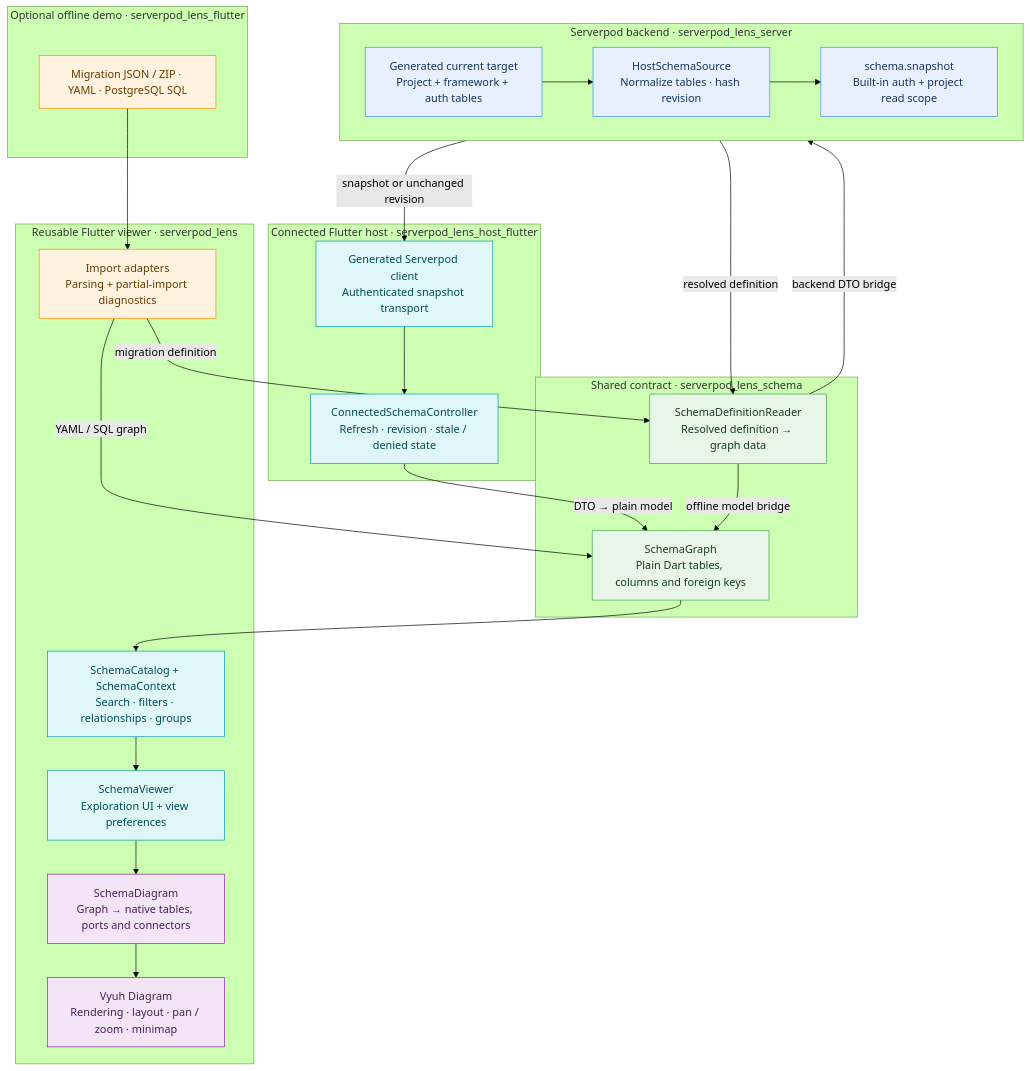
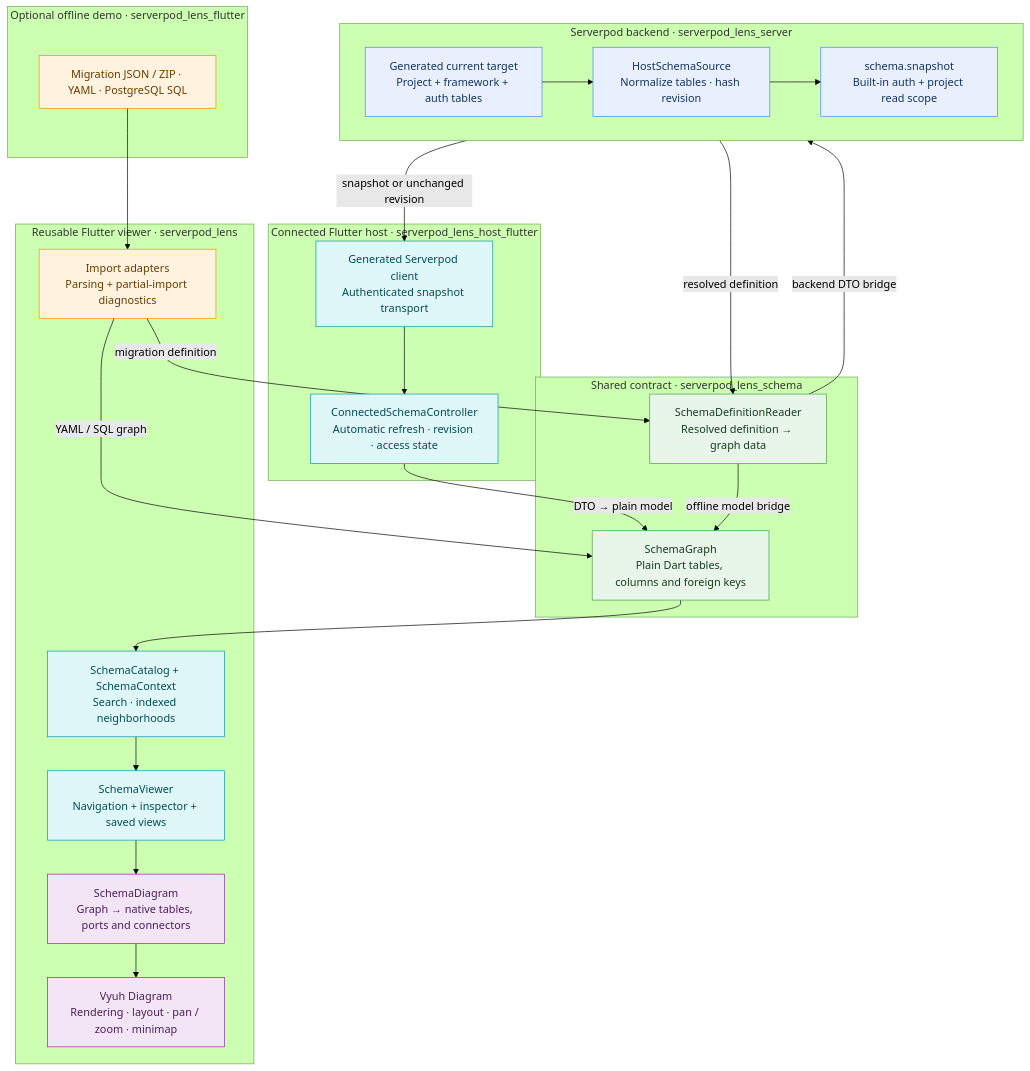
Before and after one commit to vyuh-tech/serverpod_lens: the diagram in README.md, drawn with Mermaid (forest theme). The commit also changed other lines of this file and 63 other files, not shown here.

Commit message:
feat(lens): simplify schema exploration and harden imports

````diff
--- a/README.md
+++ b/README.md
@@ -21,55 +21,55 @@
 ```mermaid
 flowchart TB
     subgraph backend["Serverpod backend · serverpod_lens_server"]
         direction LR
         target["Generated current target<br/>Project + framework + auth tables"]
         source["HostSchemaSource<br/>Normalize tables · hash revision"]
         endpoint["schema.snapshot<br/>Built-in auth + project read scope"]
         target --> source --> endpoint
     end
 
     subgraph shared["Shared contract · serverpod_lens_schema"]
         reader["SchemaDefinitionReader<br/>Resolved definition → graph data"]
         schemaGraph["SchemaGraph<br/>Plain Dart tables, columns and foreign keys"]
     end
 
     subgraph host["Connected Flutter host · serverpod_lens_host_flutter"]
         client["Generated Serverpod client<br/>Authenticated snapshot transport"]
-        connection["ConnectedSchemaController<br/>Refresh · revision · stale / denied state"]
+        connection["ConnectedSchemaController<br/>Automatic refresh · revision · access state"]
         client --> connection
     end
 
     subgraph offline["Optional offline demo · serverpod_lens_flutter"]
         inputs["Migration JSON / ZIP · YAML · PostgreSQL SQL"]
     end
 
     subgraph viewer["Reusable Flutter viewer · serverpod_lens"]
         imports["Import adapters<br/>Parsing + partial-import diagnostics"]
-        queries["SchemaCatalog + SchemaContext<br/>Search · filters · relationships · groups"]
-        screen["SchemaViewer<br/>Exploration UI + view preferences"]
+        queries["SchemaCatalog + SchemaContext<br/>Search · indexed neighborhoods"]
+        screen["SchemaViewer<br/>Navigation + inspector + saved views"]
         mapping["SchemaDiagram<br/>Graph → native tables, ports and connectors"]
         canvas["Vyuh Diagram<br/>Rendering · layout · pan / zoom · minimap"]
         queries --> screen --> mapping --> canvas
     end
 
     source -->|"resolved definition"| reader
     reader -->|"backend DTO bridge"| endpoint
     endpoint -->|"snapshot or unchanged revision"| client
     connection -->|"DTO → plain model"| schemaGraph
     inputs --> imports
     imports -->|"migration definition"| reader
     reader -->|"offline model bridge"| schemaGraph
     imports -->|"YAML / SQL graph"| schemaGraph
     schemaGraph --> queries
 
     classDef server fill:#e8f0fe,stroke:#4285f4,color:#15345b
     classDef model fill:#e8f5e9,stroke:#43a047,color:#173d20
     classDef flutter fill:#e0f7fa,stroke:#0097a7,color:#004d55
     classDef demo fill:#fff3e0,stroke:#fb8c00,color:#663c00
     classDef diagram fill:#f3e5f5,stroke:#8e24aa,color:#49205a
     class target,source,endpoint server
     class reader,schemaGraph model
     class client,connection,queries,screen flutter
     class inputs,imports demo
     class mapping,canvas diagram
 ```
````
